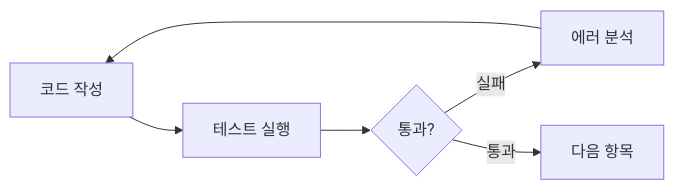
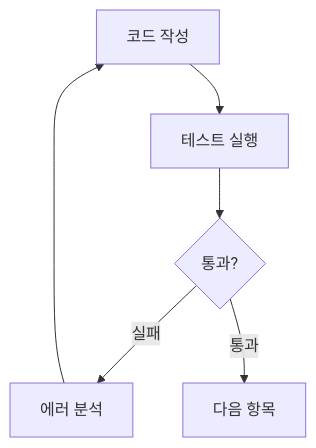
The second of 2 diagrams in docs-site/content/en/core-concepts/harness-engineering.md (modu-ai/moai-adk), drawn with Mermaid before and after one commit. The commit also changed 11 other files, not shown here.

First line of the commit message:
fix(SPEC-V3R6-DOCS-V3-REBUILD-001): post-close 콘텐츠 정정 — 홈 버전 라벨 + Mermaid TD + README coverage 폐기행

````diff
--- a/docs-site/content/en/core-concepts/harness-engineering.md
+++ b/docs-site/content/en/core-concepts/harness-engineering.md
@@ -85,8 +85,8 @@
 ```mermaid
-graph LR
+graph TD
     A["코드 작성"] --> B["테스트 실행"]
     B --> C{"통과?"}
     C -->|"실패"| D["에러 분석"]
     D --> A
     C -->|"통과"| E["다음 항목"]
 ```
````
